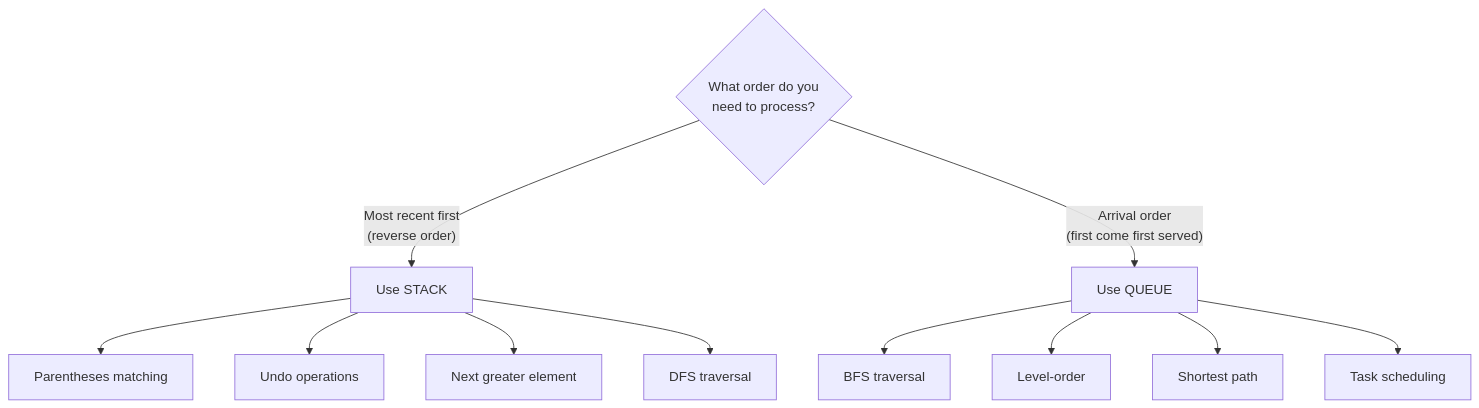
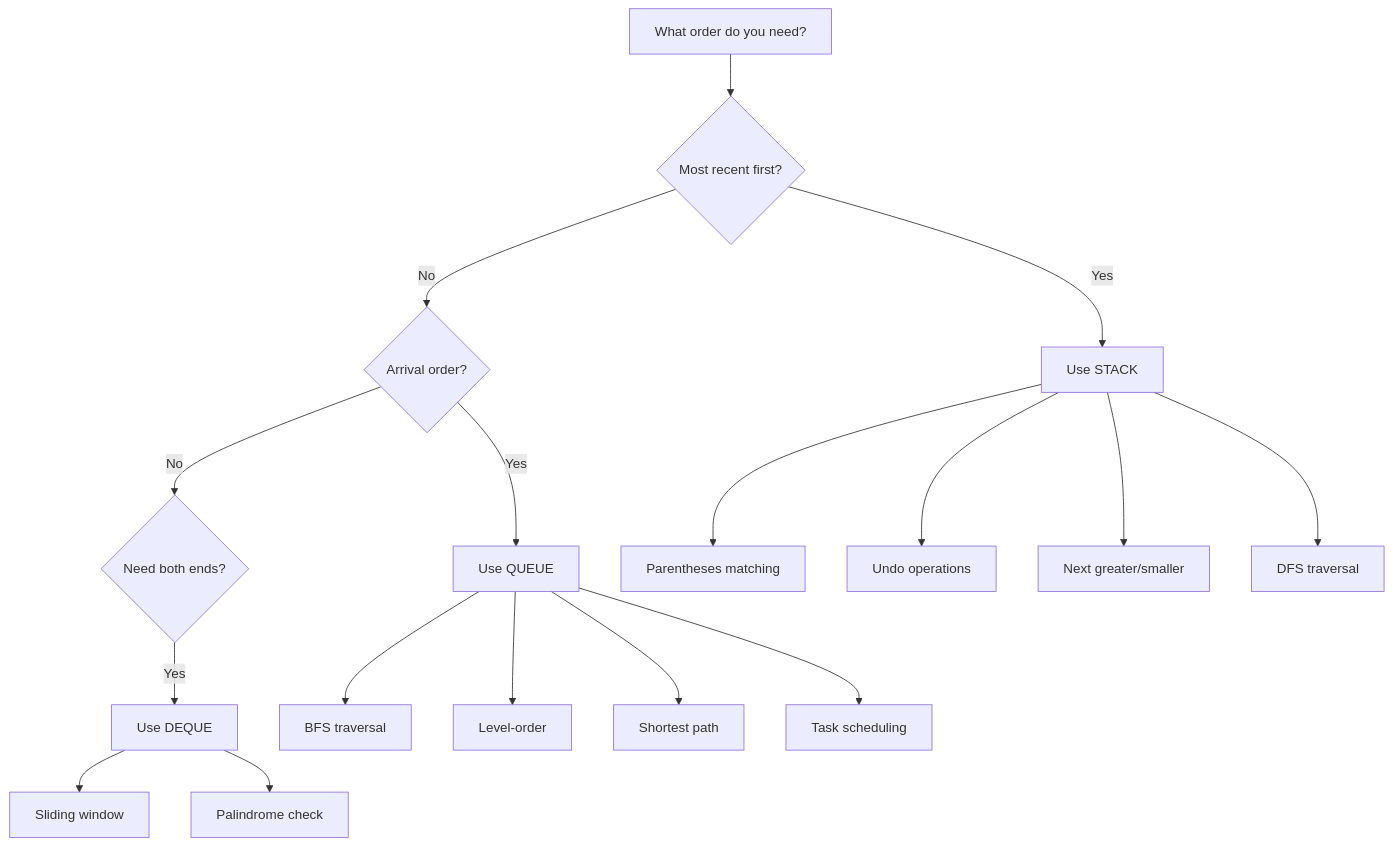
Before and after one commit to shivam-g-mishra/blog: the diagram in docs/interview-guide/coding/data-structures/stacks-queues.md, drawn with Mermaid. The commit also changed other lines of this file and 69 other files, not shown here.

````diff
--- a/docs/interview-guide/coding/data-structures/stacks-queues.md
+++ b/docs/interview-guide/coding/data-structures/stacks-queues.md
@@ -360,17 +454,22 @@
 ```mermaid
 flowchart TD
-    start{"What order do you<br/>need to process?"}
+    A[What order do you need?] --> B{Most recent first?}
+    B -->|Yes| C[Use STACK]
+    B -->|No| D{Arrival order?}
+    D -->|Yes| E[Use QUEUE]
+    D -->|No| F{Need both ends?}
+    F -->|Yes| G[Use DEQUE]
     
-    start -->|"Most recent first<br/>(reverse order)"| stack["Use STACK"]
-    start -->|"Arrival order<br/>(first come first served)"| queue["Use QUEUE"]
+    C --> C1["Parentheses matching"]
+    C --> C2["Undo operations"]
+    C --> C3["Next greater/smaller"]
+    C --> C4["DFS traversal"]
     
-    stack --> s1["Parentheses matching"]
-    stack --> s2["Undo operations"]
-    stack --> s3["Next greater element"]
-    stack --> s4["DFS traversal"]
+    E --> E1["BFS traversal"]
+    E --> E2["Level-order"]
+    E --> E3["Shortest path"]
+    E --> E4["Task scheduling"]
     
-    queue --> q1["BFS traversal"]
-    queue --> q2["Level-order"]
-    queue --> q3["Shortest path"]
-    queue --> q4["Task scheduling"]
+    G --> G1["Sliding window"]
+    G --> G2["Palindrome check"]
 ```
````
